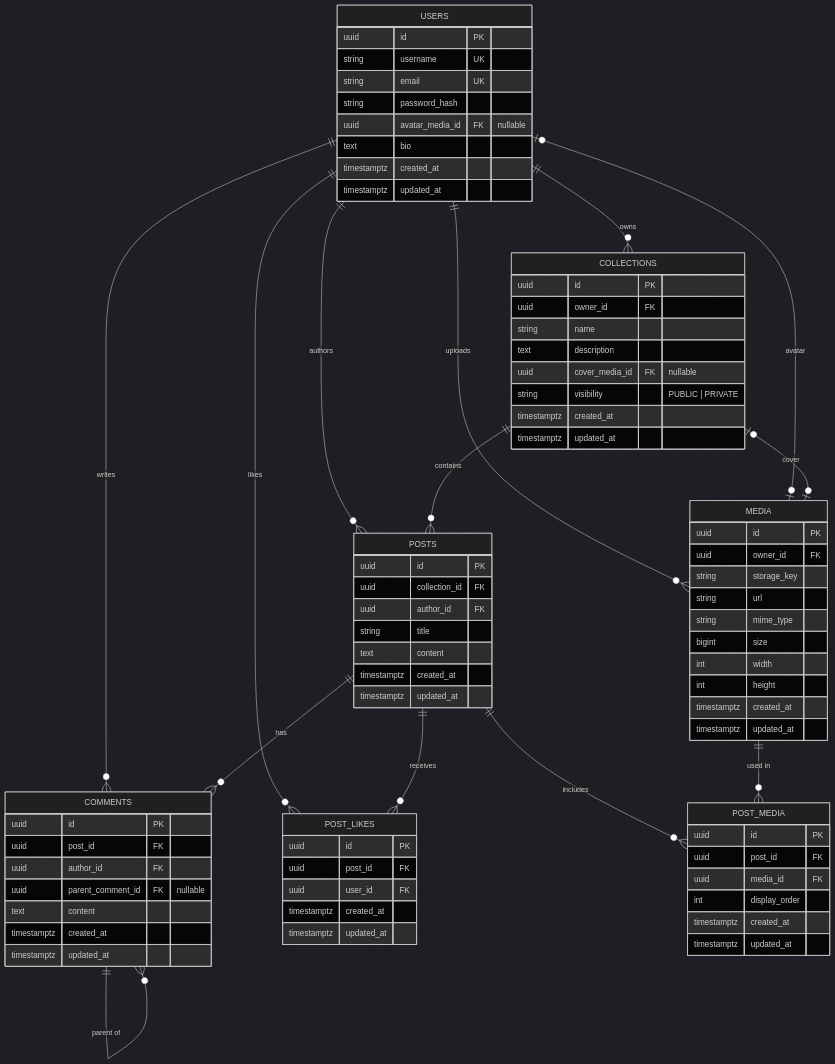
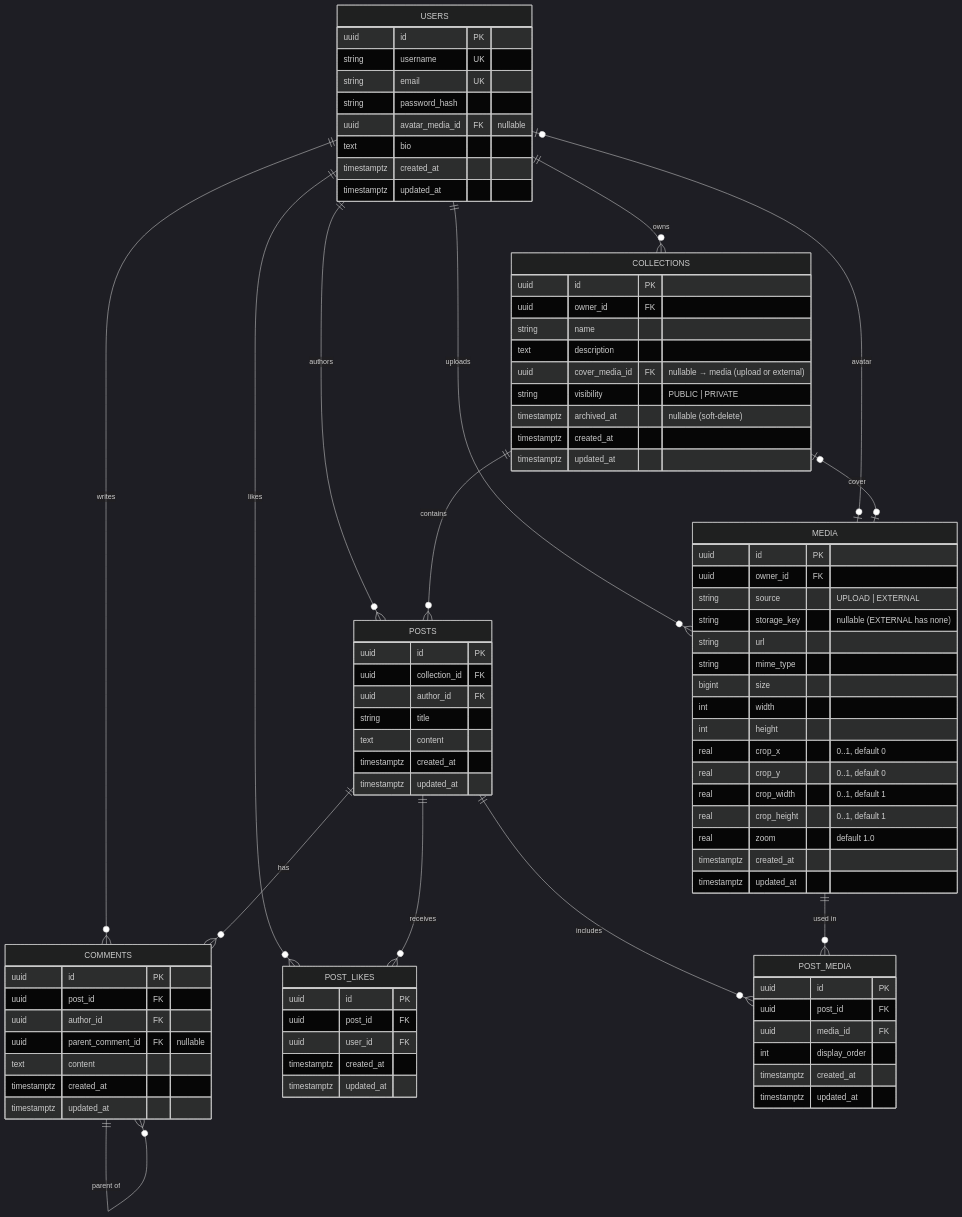
One commit to hdang-dev/dannest changed the diagram in docs/db-schema.md. Above: the diagram before and after it, drawn with Mermaid (dark theme). The commit also changed other lines of this file and 16 other files, not shown here.

First line of the commit message:
feat(service): media storage on R2 — uploads, external links, display crop

```diff
--- a/docs/db-schema.md
+++ b/docs/db-schema.md
@@ -44,8 +44,9 @@
         uuid owner_id FK
         string name
         text description
-        uuid cover_media_id FK "nullable"
+        uuid cover_media_id FK "nullable → media (upload or external)"
         string visibility "PUBLIC | PRIVATE"
+        timestamptz archived_at "nullable (soft-delete)"
         timestamptz created_at
         timestamptz updated_at
     }
@@ -61,12 +62,18 @@
     MEDIA {
         uuid id PK
         uuid owner_id FK
-        string storage_key
+        string source "UPLOAD | EXTERNAL"
+        string storage_key "nullable (EXTERNAL has none)"
         string url
         string mime_type
         bigint size
         int width
         int height
+        real crop_x "0..1, default 0"
+        real crop_y "0..1, default 0"
+        real crop_width "0..1, default 1"
+        real crop_height "0..1, default 1"
+        real zoom "default 1.0"
         timestamptz created_at
         timestamptz updated_at
     }
```
